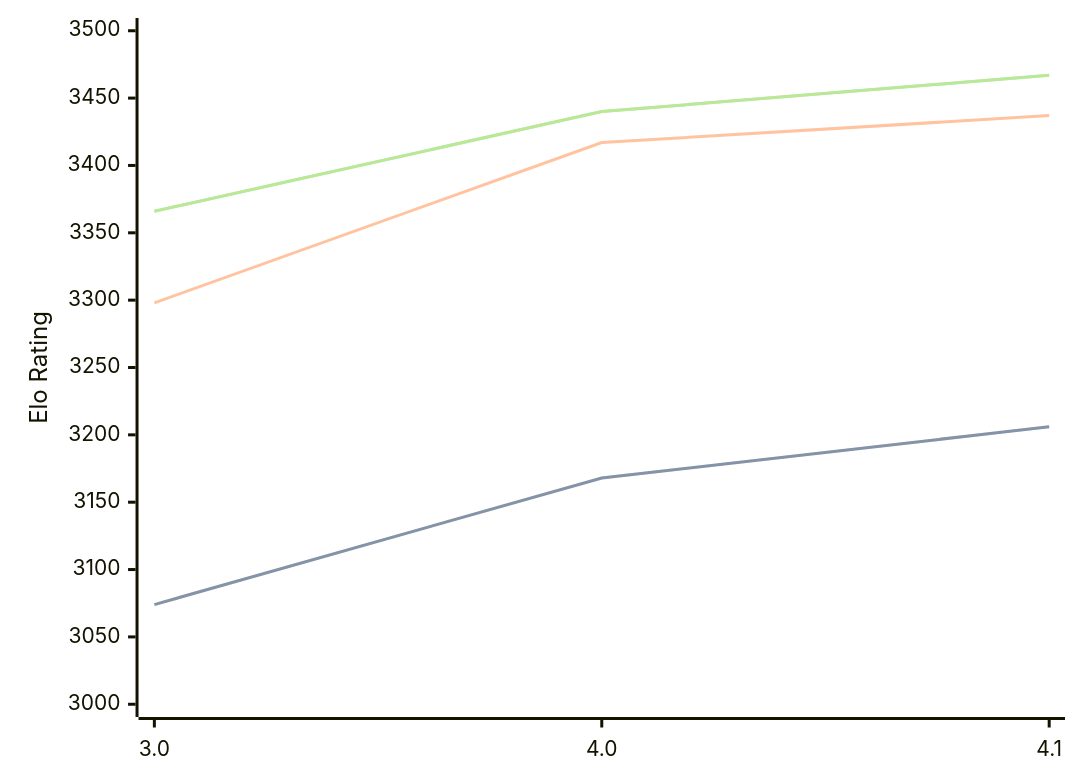
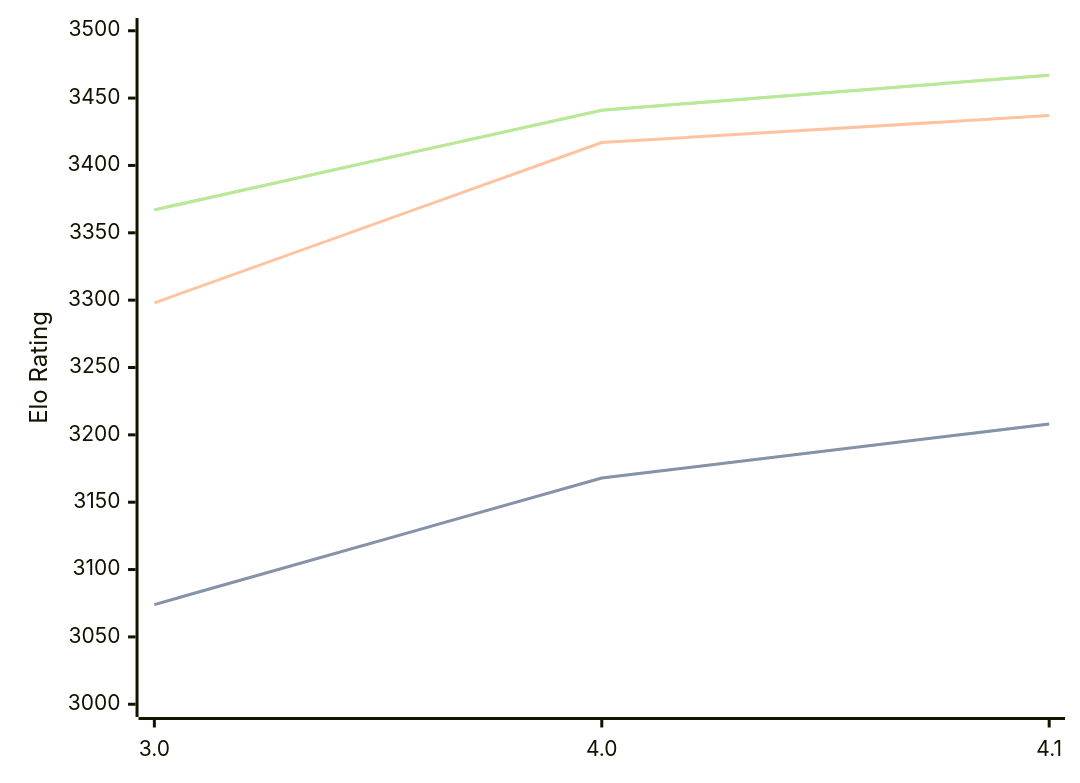
One commit to computer-chess-index/cci changed the diagram in engines/Eleanor.md. Above: the diagram before and after it, drawn with Mermaid. The commit also changed other lines of this file, not shown here.

Commit message:
Update CCI Ratings (ELO VLTC) - 2026-05-03

````diff
--- a/engines/Eleanor.md
+++ b/engines/Eleanor.md
@@ -35,11 +35,11 @@
 ```mermaid
 %%{init: {"theme":"base","themeVariables":{"seriesColors:['#a3a3a3','#222221','#faa371']}}}%%
 xychart-beta
   x-axis ["3.0", "4.0", "4.1"]
   y-axis "Elo Rating" 3000 --> 3500
-  line "STC (8.0+0.08s)" [3074, 3168, 3206]
-  line "STC (8.0+0.08s)" [3074, 3168, 3206]
+  line "STC (8.0+0.08s)" [3074, 3168, 3208]
+  line "STC (8.0+0.08s)" [3074, 3168, 3208]
   line "LTC (60.0+0.60s)" [3298, 3417, 3437]
-  line "VLTC (2m24s+1.12s)" [3366, 3440, 3467]
-  line "VLTC (2m24s+1.12s)" [3366, 3440, 3467]
+  line "VLTC (2m24s+1.12s)" [3367, 3441, 3467]
+  line "VLTC (2m24s+1.12s)" [3367, 3441, 3467]
 ```
````
